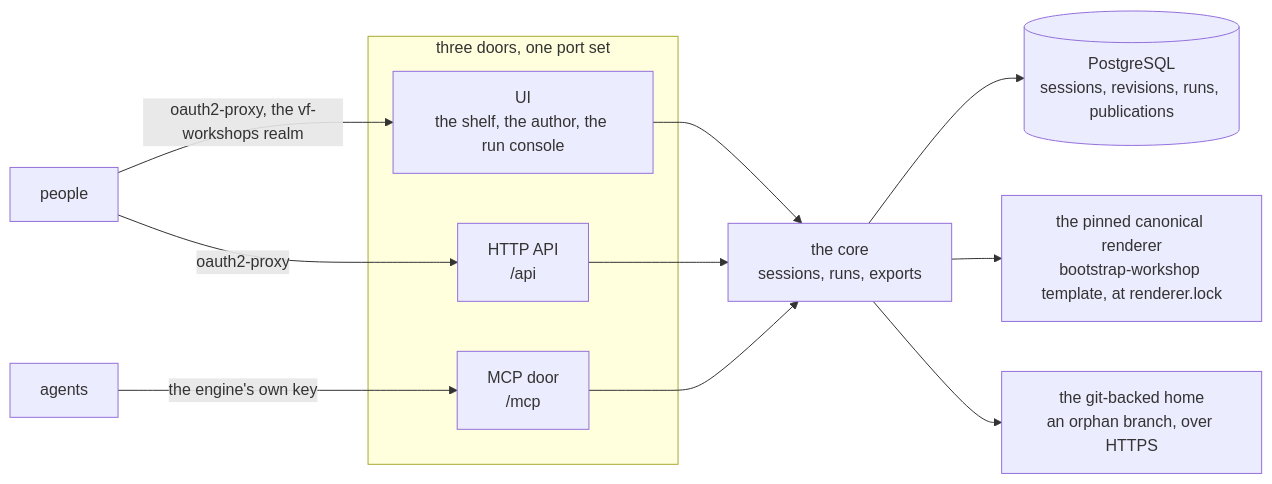
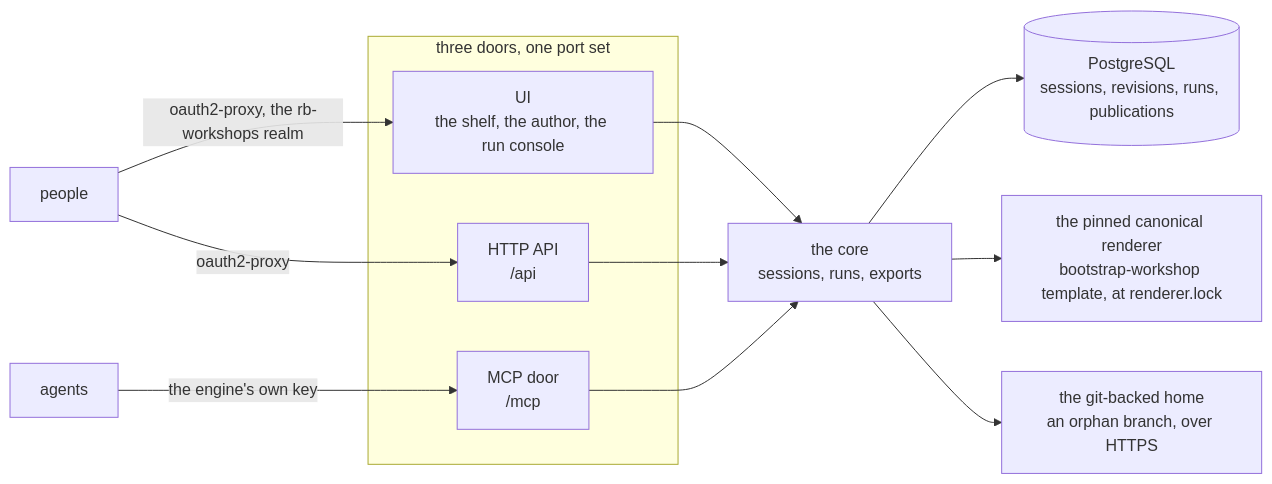
One commit to foundryRB/rb-workshops changed the diagram in docs/src/content/docs/index.md. Above: the diagram before and after it, drawn with Mermaid. The commit also changed other lines of this file and 73 other files, not shown here.

````diff
--- a/docs/src/content/docs/index.md
+++ b/docs/src/content/docs/index.md
@@ -14,18 +14,18 @@
 ```mermaid
 flowchart LR
   subgraph doors["three doors, one port set"]
     ui["UI<br/>the shelf, the author, the run console"]
     api["HTTP API<br/>/api"]
     mcp["MCP door<br/>/mcp"]
   end
   core["the core<br/>sessions, runs, exports"]
   ui --> core
   api --> core
   mcp --> core
   core --> store[("PostgreSQL<br/>sessions, revisions, runs, publications")]
   core --> renderer["the pinned canonical renderer<br/>bootstrap-workshop template, at renderer.lock"]
   core --> home["the git-backed home<br/>an orphan branch, over HTTPS"]
-  people["people"] -->|"oauth2-proxy, the vf-workshops realm"| ui
+  people["people"] -->|"oauth2-proxy, the rb-workshops realm"| ui
   people -->|"oauth2-proxy"| api
   agents["agents"] -->|"the engine's own key"| mcp
 ```
````
